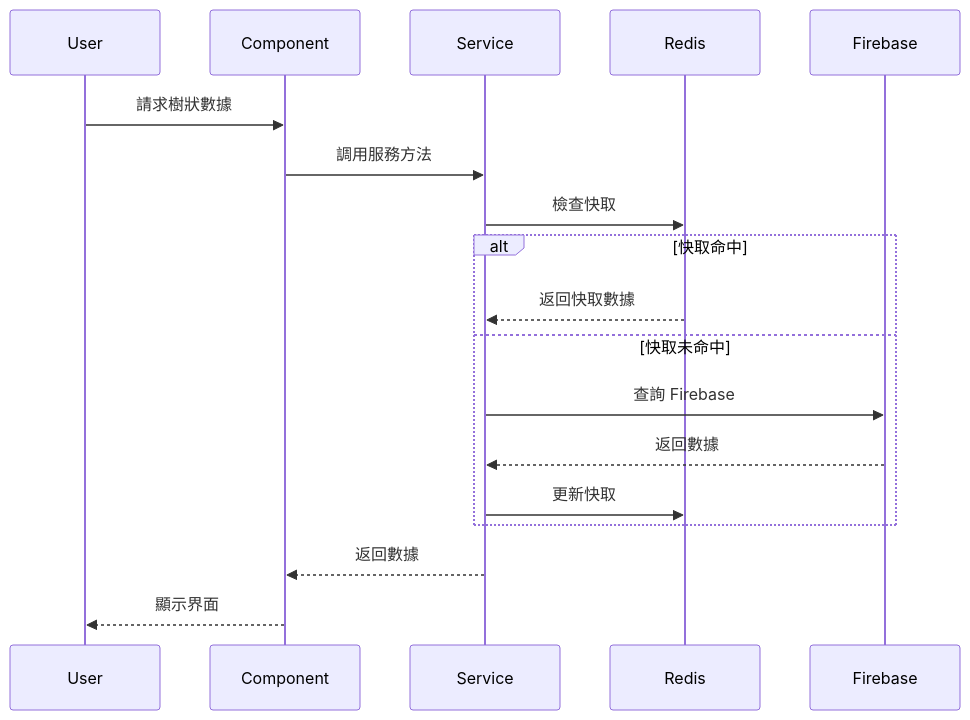
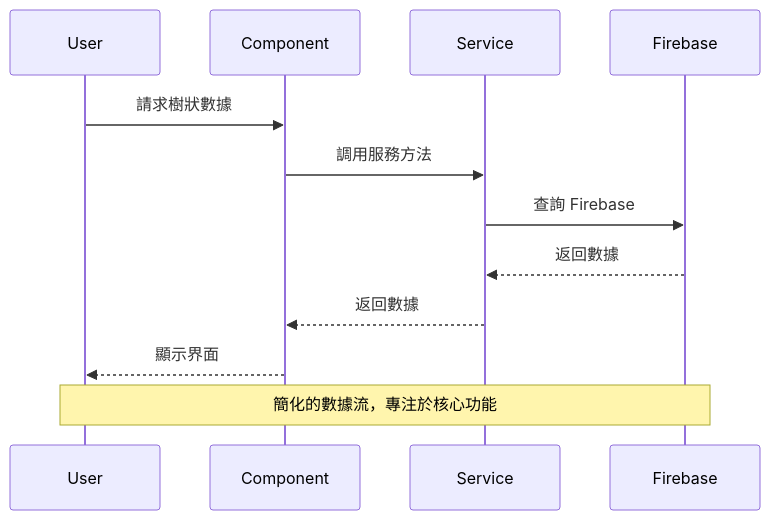
Before and after one commit to ac484/ng-alain: the second of 2 diagrams in .kiro/specs/tree-feature-migration/design.md, drawn with Mermaid. The commit also changed other lines of this file and 2 other files, not shown here.

Commit message:
新增樹狀功能遷移的實施計劃文檔，詳細列出各項任務及其需求，包括數據模型、Redis 快取整合、Firebase CRUD 功能遷移、任務管理系統等，旨在提升專案的可維護性與擴展性。

````diff
--- a/.kiro/specs/tree-feature-migration/design.md
+++ b/.kiro/specs/tree-feature-migration/design.md
@@ -55,21 +55,16 @@
 ```mermaid
 sequenceDiagram
     participant U as User
     participant C as Component
     participant S as Service
-    participant R as Redis
     participant F as Firebase
     
     U->>C: 請求樹狀數據
     C->>S: 調用服務方法
-    S->>R: 檢查快取
-    alt 快取命中
-        R-->>S: 返回快取數據
-    else 快取未命中
-        S->>F: 查詢 Firebase
-        F-->>S: 返回數據
-        S->>R: 更新快取
-    end
+    S->>F: 查詢 Firebase
+    F-->>S: 返回數據
     S-->>C: 返回數據
     C-->>U: 顯示界面
+    
+    Note over U,F: 簡化的數據流，專注於核心功能
 ```
````
